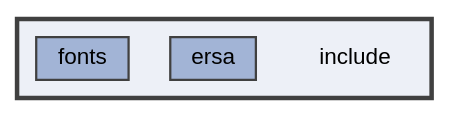
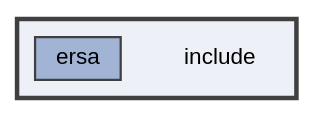
The diagram in wiki/api/dir_d44c64559bbebec7f509842c48db8b23_dep.dot (ersascape/ErsaWearableOS), drawn with Graphviz before and after one commit. The commit also changed 436 other files, not shown here.

```diff
--- a/wiki/api/dir_d44c64559bbebec7f509842c48db8b23_dep.dot
+++ b/wiki/api/dir_d44c64559bbebec7f509842c48db8b23_dep.dot
@@ -1,14 +1,13 @@
 digraph "include"
 {
  // LATEX_PDF_SIZE
   bgcolor="transparent";
   edge [fontname=Helvetica,fontsize=10,labelfontname=Helvetica,labelfontsize=10];
   node [fontname=Helvetica,fontsize=10,shape=box,height=0.2,width=0.4];
   compound=true
   subgraph clusterdir_d44c64559bbebec7f509842c48db8b23 {
     graph [ bgcolor="#edf0f7", pencolor="grey25", label="", fontname=Helvetica,fontsize=10 style="filled,bold", URL="dir_d44c64559bbebec7f509842c48db8b23.html",tooltip=""]
     dir_d44c64559bbebec7f509842c48db8b23 [shape=plaintext, label="include"];
   dir_fe2df47aeb7221e7b3f2fe462d832c2c [label="ersa", fillcolor="#a2b4d6", color="grey25", style="filled", URL="dir_fe2df47aeb7221e7b3f2fe462d832c2c.html",tooltip=""];
-  dir_de7eae76a4c29224189cf6db9f5e3718 [label="fonts", fillcolor="#a2b4d6", color="grey25", style="filled", URL="dir_de7eae76a4c29224189cf6db9f5e3718.html",tooltip=""];
   }
 }
```
